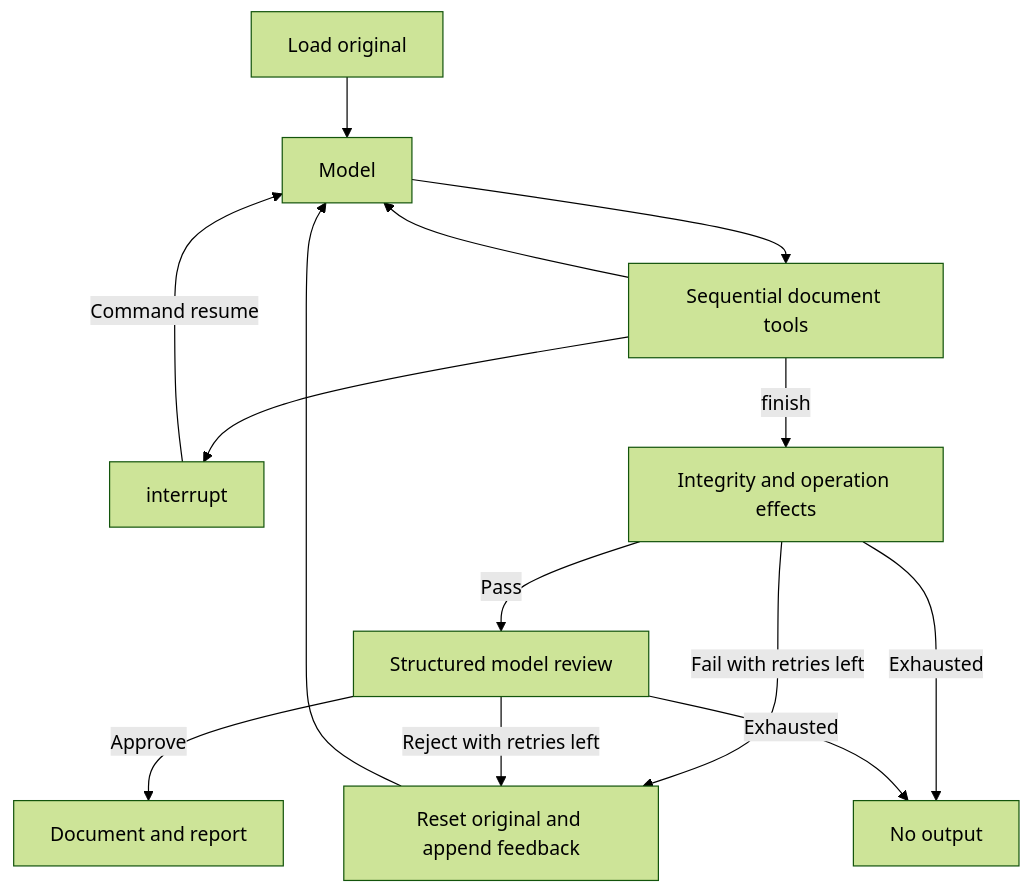
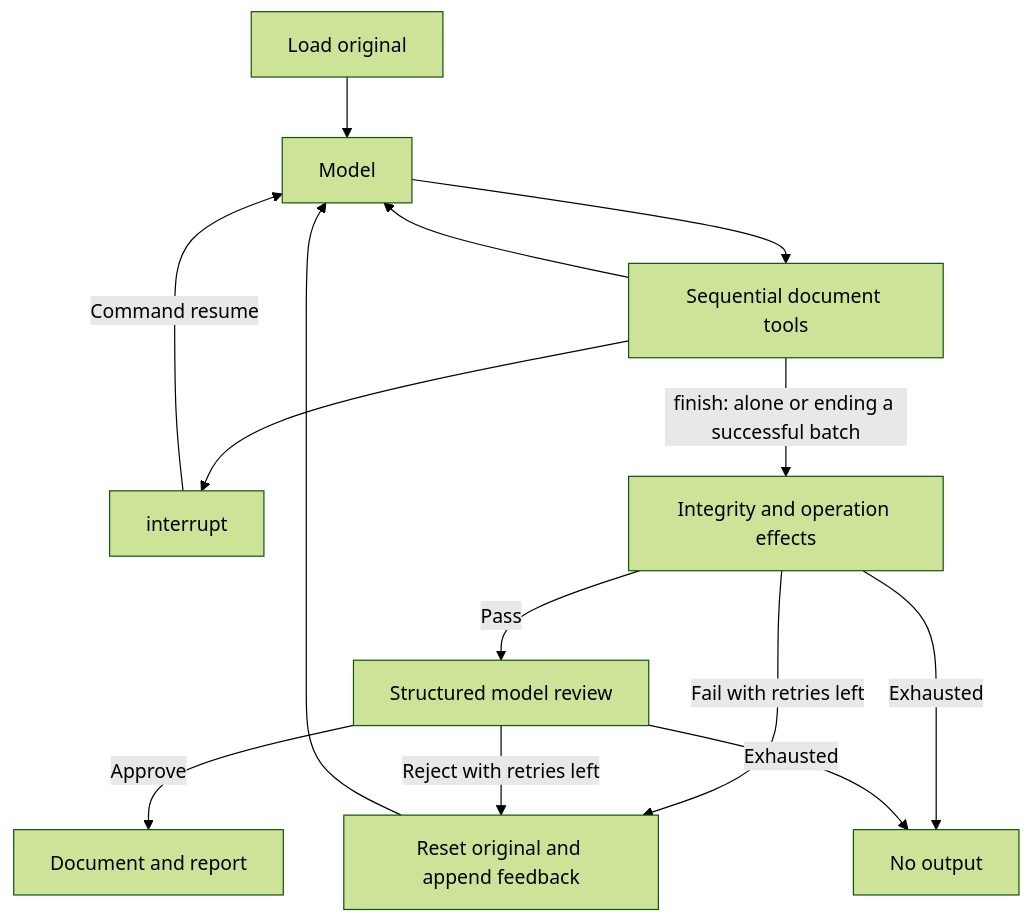
Before and after one commit to imhauke/olympAG-OA: the diagram in docs/ARCHITECTURE.md, drawn with Mermaid (forest theme). The commit also changed other lines of this file and 30 other files, not shown here.

````diff
--- a/docs/ARCHITECTURE.md
+++ b/docs/ARCHITECTURE.md
@@ -5,16 +5,16 @@
 ```mermaid
 flowchart TD
     Load[Load original] --> Agent[Model]
     Agent --> Tools[Sequential document tools]
     Tools --> Agent
     Tools --> Clarify[interrupt]
     Clarify -->|Command resume| Agent
-    Tools -->|finish| Validate[Integrity and operation effects]
+    Tools -->|finish: alone or ending a successful batch| Validate[Integrity and operation effects]
     Validate -->|Pass| Review[Structured model review]
     Review -->|Approve| Save[Document and report]
     Validate -->|Fail with retries left| Reset[Reset original and append feedback]
     Review -->|Reject with retries left| Reset
     Reset --> Agent
     Validate -->|Exhausted| Stop[No output]
     Review -->|Exhausted| Stop
 ```
````
